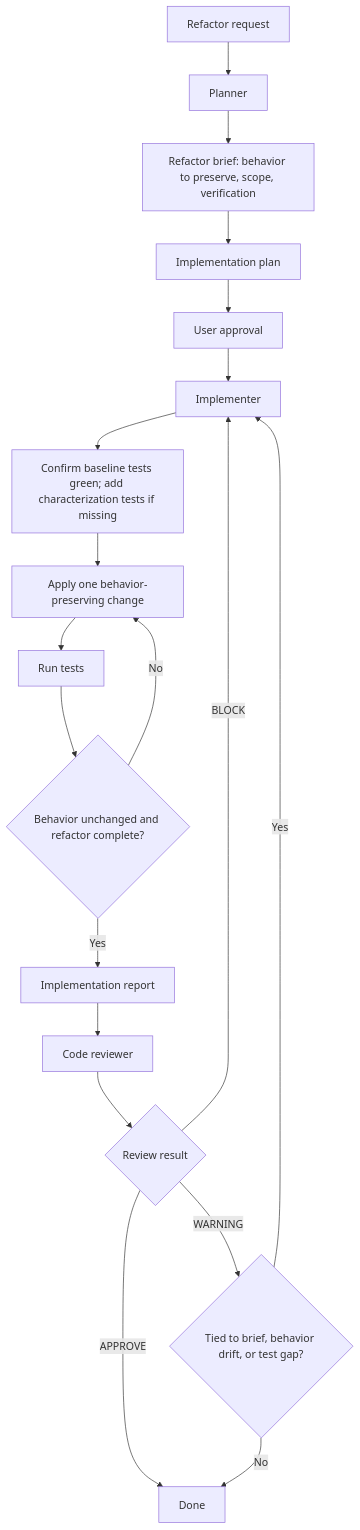
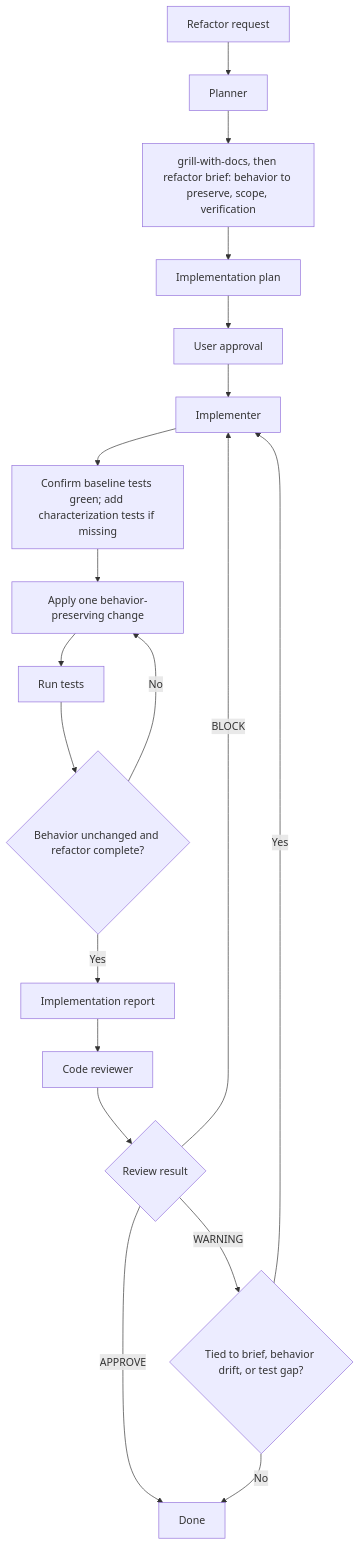
One commit to aloilor/lean-coding-agent changed the third of 4 diagrams in README.md. Above: the diagram before and after it, drawn with Mermaid. The commit also changed 2 other files, not shown here.

Commit message:
docs(workflows): require grill with docs for refactor planning

````diff
--- a/README.md
+++ b/README.md
@@ -81,21 +81,21 @@
 ```mermaid
 flowchart TD
     A[Refactor request] --> B[Planner]
-    B --> C[Refactor brief: behavior to preserve, scope, verification]
+    B --> C[grill-with-docs, then refactor brief: behavior to preserve, scope, verification]
     C --> D[Implementation plan]
     D --> E[User approval]
     E --> F[Implementer]
     F --> G[Confirm baseline tests green; add characterization tests if missing]
     G --> H[Apply one behavior-preserving change]
     H --> I[Run tests]
     I --> J{Behavior unchanged and refactor complete?}
     J -->|No| H
     J -->|Yes| K[Implementation report]
     K --> L[Code reviewer]
     L --> M{Review result}
     M -->|APPROVE| N[Done]
     M -->|BLOCK| F
     M -->|WARNING| O{Tied to brief, behavior drift, or test gap?}
     O -->|Yes| F
     O -->|No| N
 ```
````
